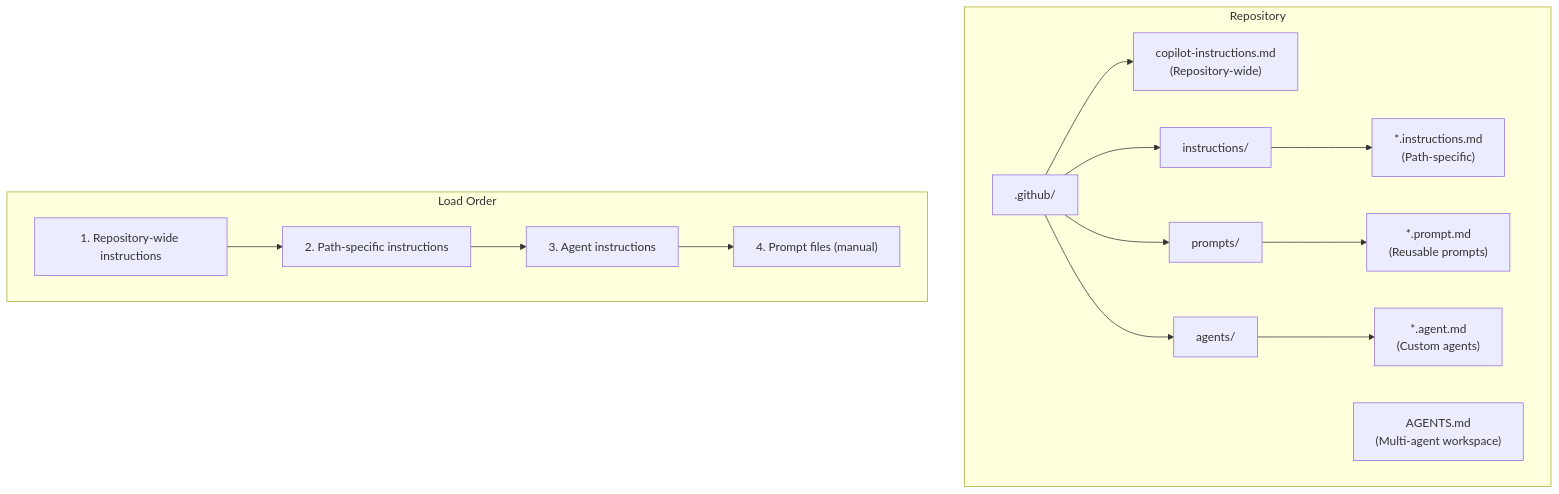
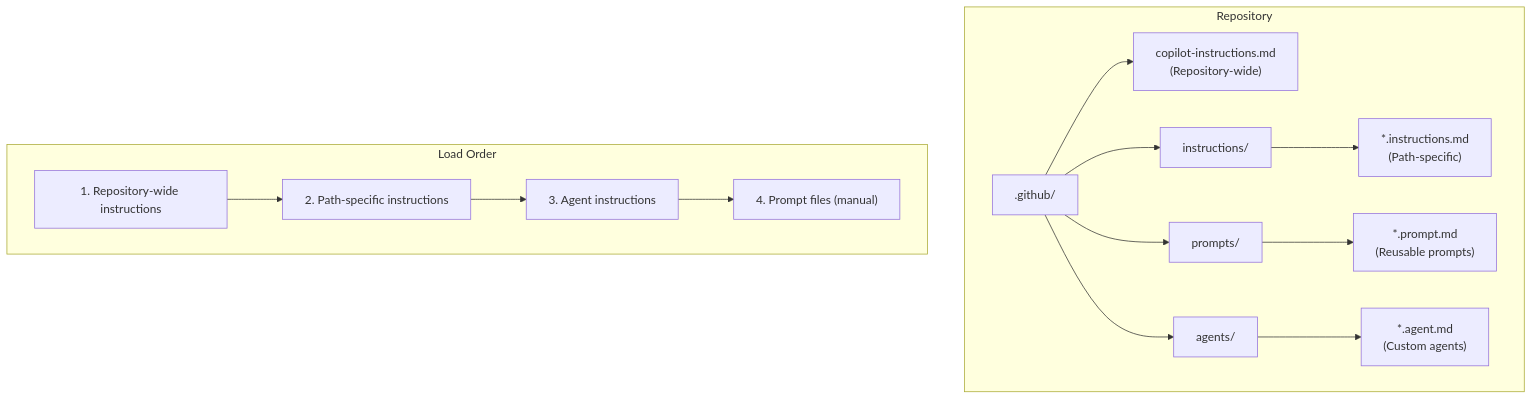
The diagram in README.md (pkloehn1/github-copilot-ai-template), drawn with Mermaid before and after one commit. The commit also changed other lines of this file and 1 other file, not shown here.

````diff
--- a/README.md
+++ b/README.md
@@ -13,22 +13,21 @@
 ```mermaid
 graph TD
     subgraph Repository
         A[".github/"]
         A --> B["copilot-instructions.md<br/>(Repository-wide)"]
         A --> C["instructions/"]
         C --> D["*.instructions.md<br/>(Path-specific)"]
         A --> E["prompts/"]
         E --> F["*.prompt.md<br/>(Reusable prompts)"]
         A --> G["agents/"]
         G --> H["*.agent.md<br/>(Custom agents)"]
-        I["AGENTS.md<br/>(Multi-agent workspace)"]
     end
 
     subgraph "Load Order"
         J["1. Repository-wide instructions"]
         K["2. Path-specific instructions"]
         L["3. Agent instructions"]
         M["4. Prompt files (manual)"]
         J --> K --> L --> M
     end
 ```
````
